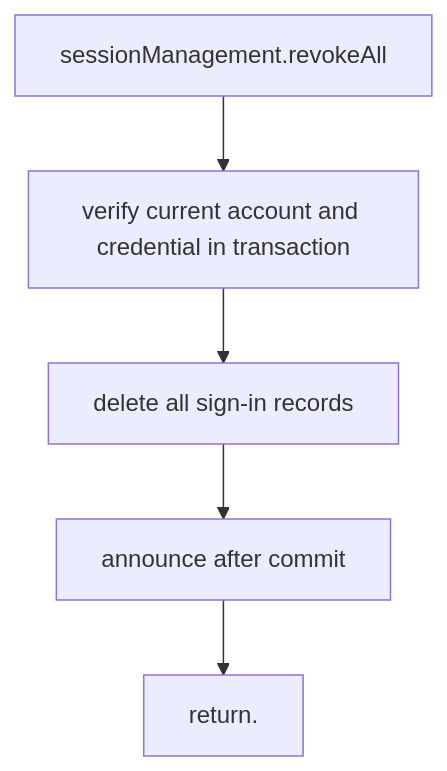
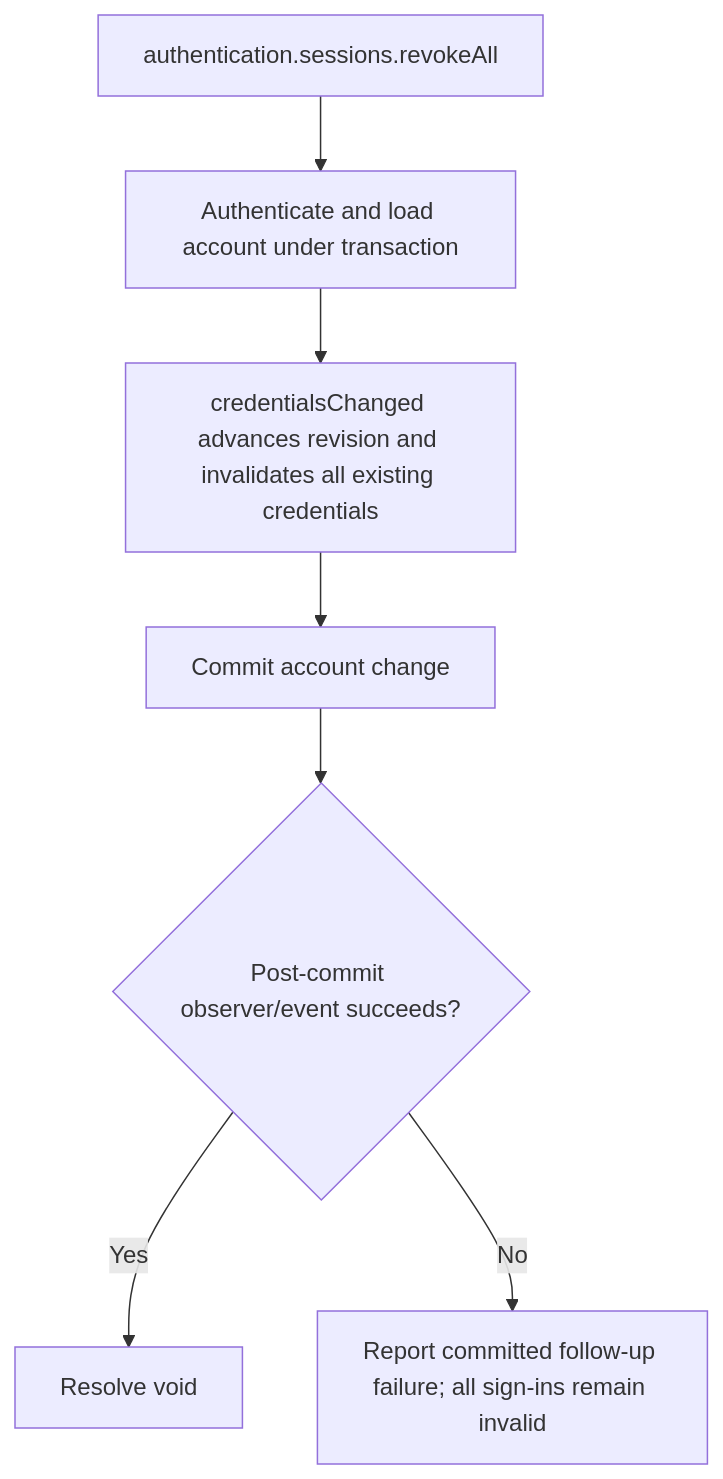
The second of 2 diagrams in user-stories/US-ACCOUNT-17-revoke-all-devices.md (Kevinjohn/oss-adonisjs-account-kit), drawn with Mermaid before and after one commit. The commit also changed other lines of this file and 9 other files, not shown here.

Commit message:
docs: clarify session and social account journeys

````diff
--- a/user-stories/US-ACCOUNT-17-revoke-all-devices.md
+++ b/user-stories/US-ACCOUNT-17-revoke-all-devices.md
@@ -35,12 +30,9 @@
 ```mermaid
 flowchart TD
-    C0["sessionManagement.revokeAll"]
-    C1["verify current account and credential in transaction"]
-    C0 --> C1
-    C2["delete all sign-in records"]
-    C1 --> C2
-    C3["announce after commit"]
-    C2 --> C3
-    C4["return."]
-    C3 --> C4
+ A["authentication.sessions.revokeAll"] --> B["Authenticate and load account under transaction"]
+ B --> C["credentialsChanged advances revision and invalidates all existing credentials"]
+ C --> D["Commit account change"]
+ D --> E{"Post-commit observer/event succeeds?"}
+ E -->|Yes| F["Resolve void"]
+ E -->|No| G["Report committed follow-up failure; all sign-ins remain invalid"]
 ```
````
